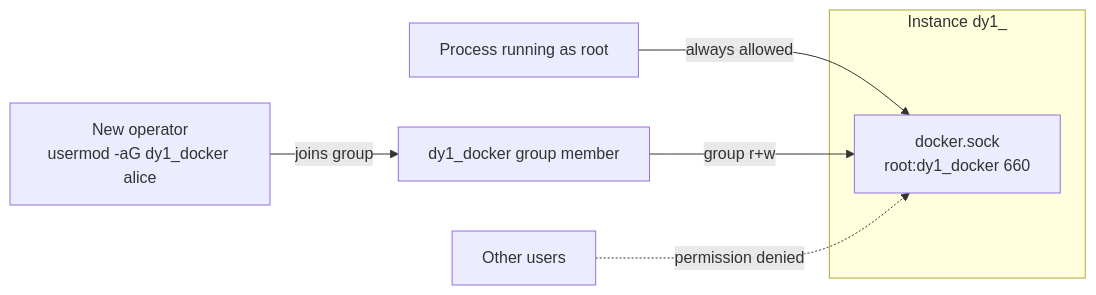
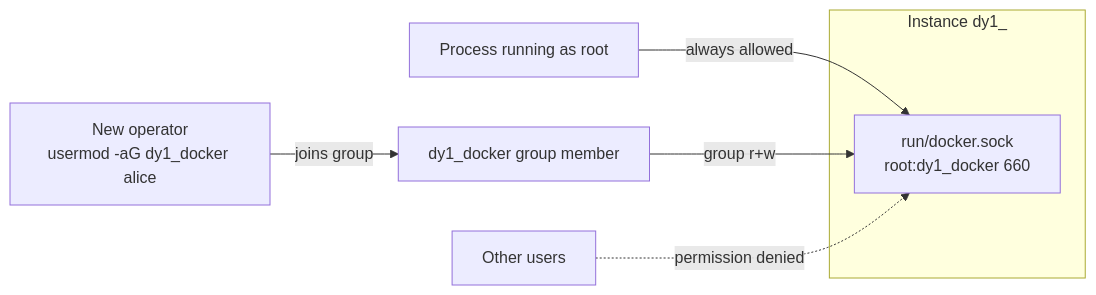
Before and after one commit to shaghafbrand/dockyard: the sixth of 6 diagrams in ARCHITECTURE.md, drawn with Mermaid. The commit also changed other lines of this file and 4 other files, not shown here.

First line of the commit message:
docs: update all docs and mermaid for FHS layout

````diff
--- a/ARCHITECTURE.md
+++ b/ARCHITECTURE.md
@@ -427,18 +403,18 @@
 ```mermaid
 graph LR
     subgraph "Instance dy1_"
-        SOCK["docker.sock
+        SOCK["run/docker.sock
 root:dy1_docker  660"]
     end
 
     ROOT["Process running as root"]
     GRP["dy1_docker group member"]
     NEWOP["New operator
 usermod -aG dy1_docker alice"]
     OTHER["Other users"]
 
     ROOT -->|"always allowed"| SOCK
     GRP -->|"group r+w"| SOCK
     NEWOP -->|"joins group"| GRP
     OTHER -. "permission denied" .-> SOCK
 ```
````
